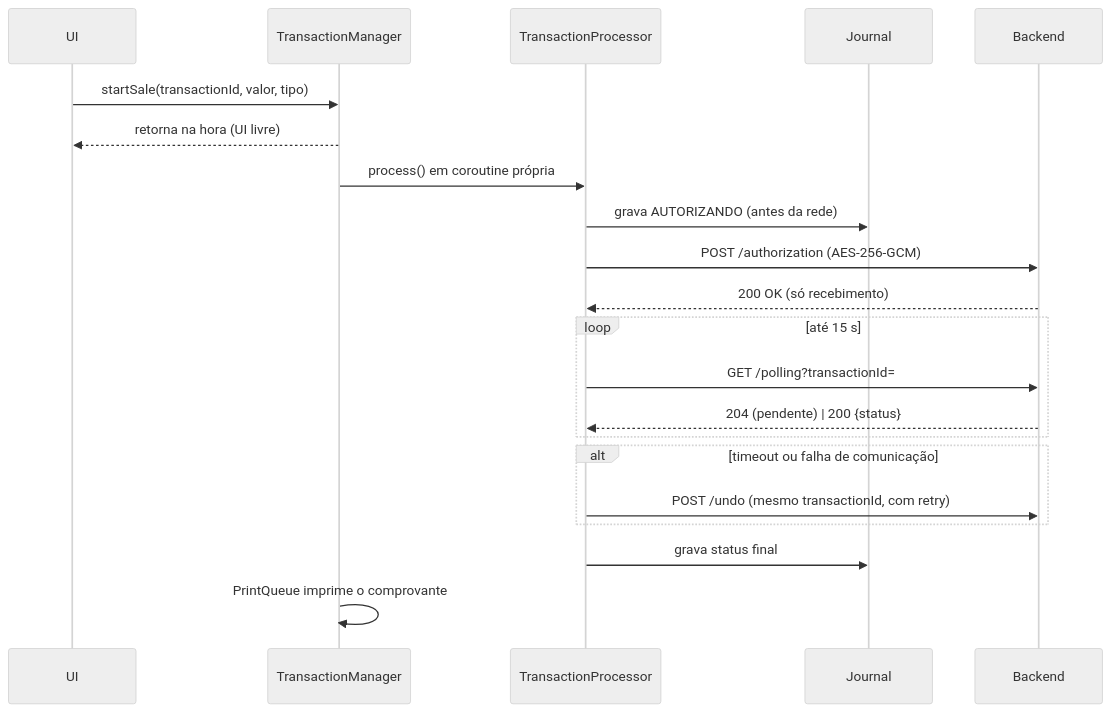
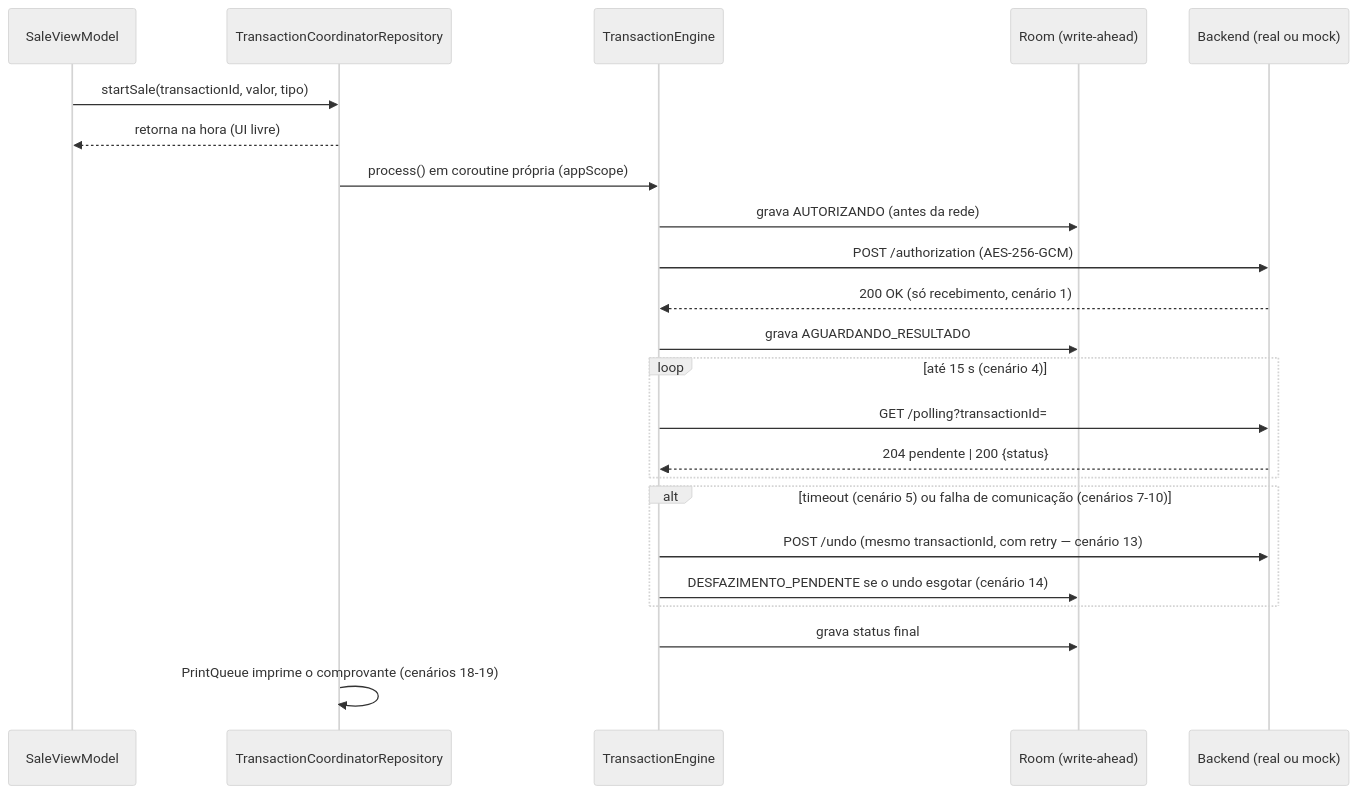
Before and after one commit to OliveiraaGoncalves/smartpos: the diagram in README.md, drawn with Mermaid (neutral theme). The commit also changed other lines of this file and 8 other files, not shown here.

````diff
--- a/README.md
+++ b/README.md
@@ -56,23 +84,26 @@
 ```mermaid
 sequenceDiagram
-    participant UI
-    participant M as TransactionManager
-    participant P as TransactionProcessor
-    participant J as Journal
-    participant B as Backend
-    UI->>M: startSale(transactionId, valor, tipo)
-    M-->>UI: retorna na hora (UI livre)
-    M->>P: process() em coroutine própria
-    P->>J: grava AUTORIZANDO (antes da rede)
-    P->>B: POST /authorization (AES-256-GCM)
-    B-->>P: 200 OK (só recebimento)
-    loop até 15 s
-        P->>B: GET /polling?transactionId=
-        B-->>P: 204 (pendente) | 200 {status}
+    participant UI as SaleViewModel
+    participant Repo as TransactionCoordinatorRepository
+    participant Eng as TransactionEngine
+    participant J as Room (write-ahead)
+    participant B as Backend (real ou mock)
+
+    UI->>Repo: startSale(transactionId, valor, tipo)
+    Repo-->>UI: retorna na hora (UI livre)
+    Repo->>Eng: process() em coroutine própria (appScope)
+    Eng->>J: grava AUTORIZANDO (antes da rede)
+    Eng->>B: POST /authorization (AES-256-GCM)
+    B-->>Eng: 200 OK (só recebimento, cenário 1)
+    Eng->>J: grava AGUARDANDO_RESULTADO
+    loop até 15 s (cenário 4)
+        Eng->>B: GET /polling?transactionId=
+        B-->>Eng: 204 pendente | 200 {status}
     end
-    alt timeout ou falha de comunicação
-        P->>B: POST /undo (mesmo transactionId, com retry)
+    alt timeout (cenário 5) ou falha de comunicação (cenários 7-10)
+        Eng->>B: POST /undo (mesmo transactionId, com retry — cenário 13)
+        Eng->>J: DESFAZIMENTO_PENDENTE se o undo esgotar (cenário 14)
     end
-    P->>J: grava status final
-    M->>M: PrintQueue imprime o comprovante
+    Eng->>J: grava status final
+    Repo->>Repo: PrintQueue imprime o comprovante (cenários 18-19)
 ```
````
